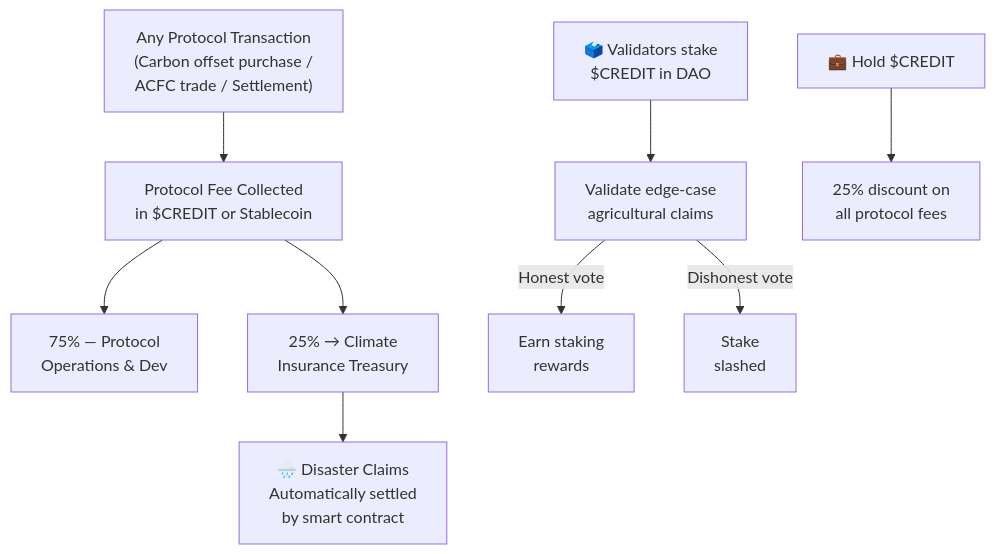
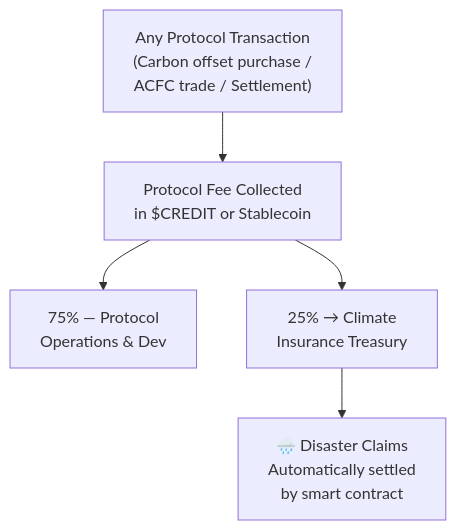
Before and after one commit to chandan989/C.R.E.D.I.T.: the seventh of 8 diagrams in README.md, drawn with Mermaid. The commit also changed other lines of this file and 103 other files, not shown here.

````diff
--- a/README.md
+++ b/README.md
@@ -307,16 +306,10 @@
 ```mermaid
 flowchart TD
     TX["Any Protocol Transaction\n(Carbon offset purchase /\nACFC trade / Settlement)"]
     TX --> FEE["Protocol Fee Collected\nin $CREDIT or Stablecoin"]
 
     FEE --> D1["75% — Protocol\nOperations & Dev"]
     FEE --> D2["25% → Climate\nInsurance Treasury"]
 
     D2 --> INS["🌧️ Disaster Claims\nAutomatically settled\nby smart contract"]
-
-    STAKE["🗳️ Validators stake\n$CREDIT in DAO"] --> VALID["Validate edge-case\nagricultural claims"]
-    VALID -->|Honest vote| RWD["Earn staking\nrewards"]
-    VALID -->|Dishonest vote| SLASH["Stake\nslashed"]
-
-    HOLD["💼 Hold $CREDIT"] --> DISC["25% discount on\nall protocol fees"]
 ```
````
